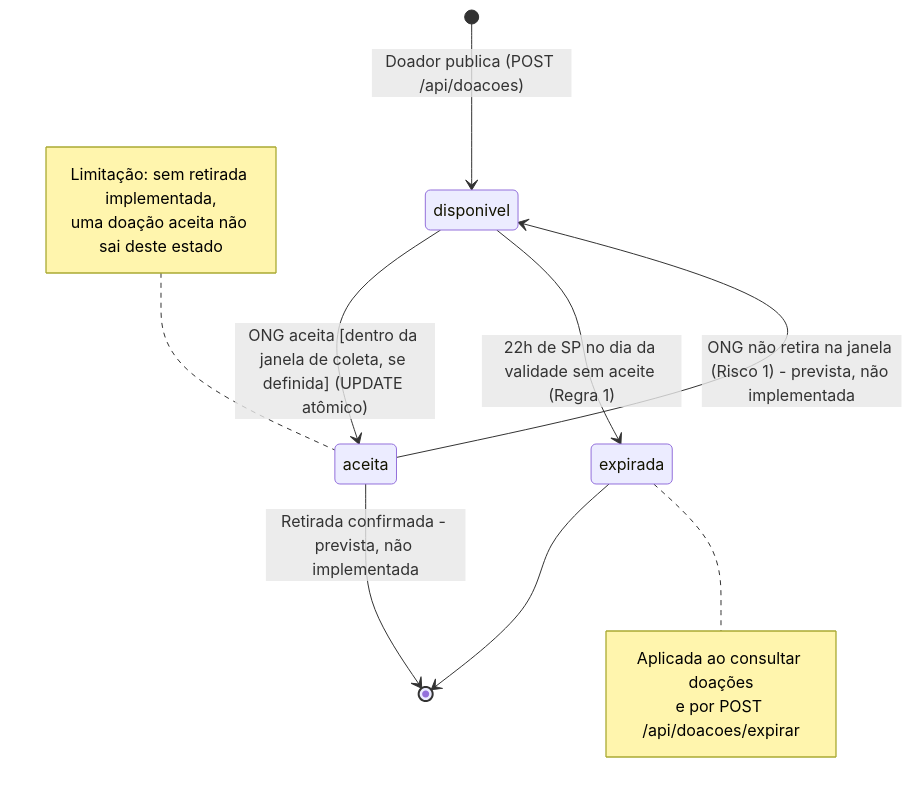
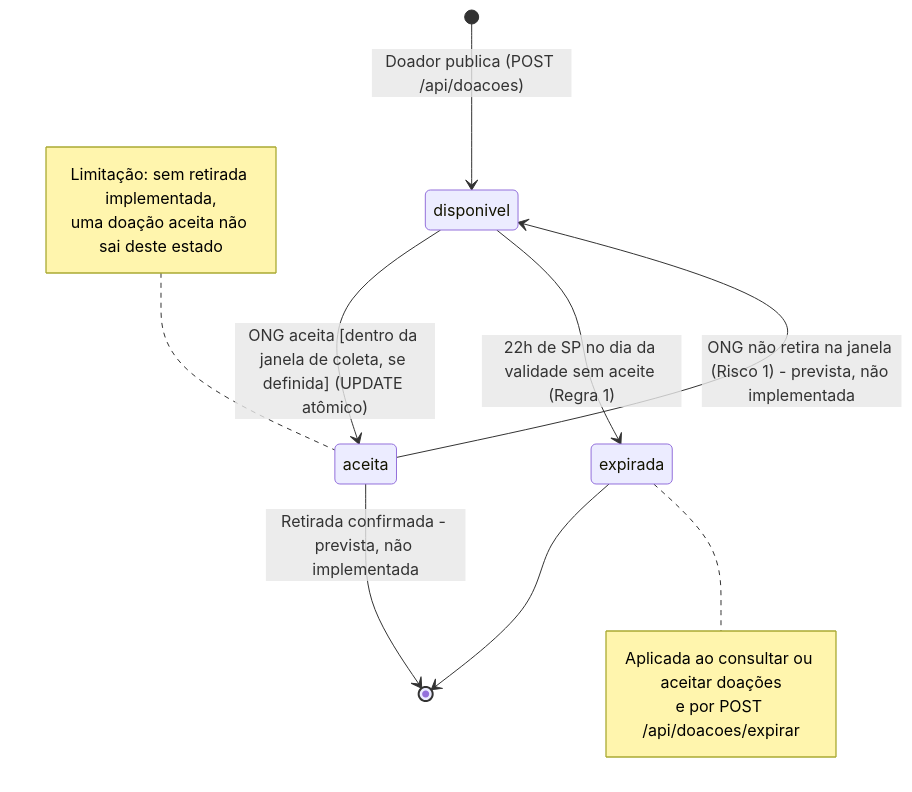
Before and after one commit to RafaelBandoch/APDA-Prato-Cheio: the second of 2 diagrams in docs/diagramas/estados-doacao.md, drawn with Mermaid. The commit also changed other lines of this file, not shown here.

Commit message:
docs: registrar ferramenta de IA e expiração no aceite no diagrama de estados

````diff
--- a/docs/diagramas/estados-doacao.md
+++ b/docs/diagramas/estados-doacao.md
@@ -100,19 +102,19 @@
 ```mermaid
 stateDiagram-v2
     [*] --> disponivel : Doador publica (POST /api/doacoes)
     disponivel --> aceita : ONG aceita [dentro da janela de coleta, se definida] (UPDATE atômico)
     disponivel --> expirada : 22h de SP no dia da validade sem aceite (Regra 1)
     aceita --> disponivel : ONG não retira na janela (Risco 1) - prevista, não implementada
     aceita --> [*] : Retirada confirmada - prevista, não implementada
     expirada --> [*]
 
     note right of expirada
-        Aplicada ao consultar doações
+        Aplicada ao consultar ou aceitar doações
         e por POST /api/doacoes/expirar
     end note
 
     note left of aceita
         Limitação: sem retirada implementada,
         uma doação aceita não sai deste estado
     end note
 ```
````
